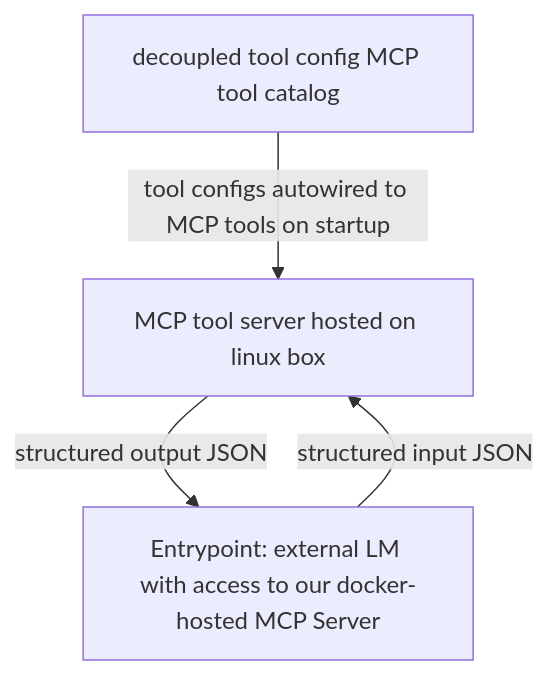
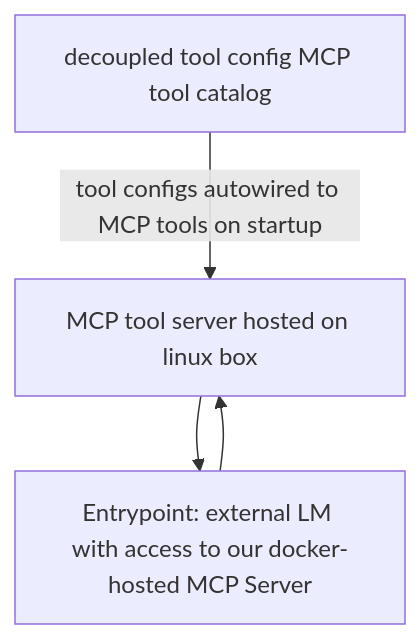
One commit to Mmeadows3/clai changed the diagram in README.md. Above: the diagram before and after it, drawn with Mermaid.

Commit message:
Revise AGENT and NIXCLI flow representation
Updated the flow representation between AGENT and NIXCLI in the README.

````diff
--- a/README.md
+++ b/README.md
@@ -7,10 +7,10 @@
 ```mermaid
 flowchart TB
   TOOLS["decoupled tool config MCP tool catalog"]
   NIXCLI["MCP tool server hosted on linux box"]
   AGENT["Entrypoint: external LM with access to our docker-hosted MCP Server"]
 
-  AGENT -->|structured input JSON| NIXCLI
-  NIXCLI -->|structured output JSON| AGENT
+  AGENT --> NIXCLI
+  NIXCLI --> AGENT
   TOOLS -->|tool configs autowired to MCP tools on startup| NIXCLI
 ```
````
